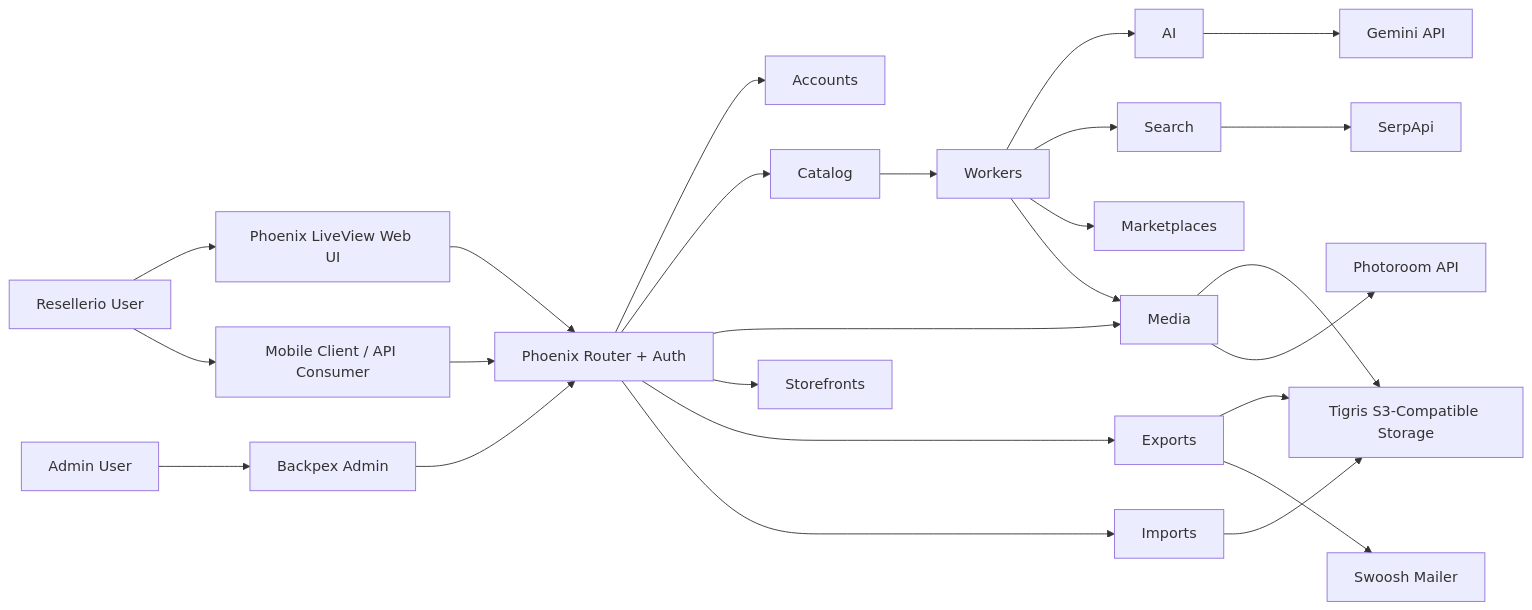
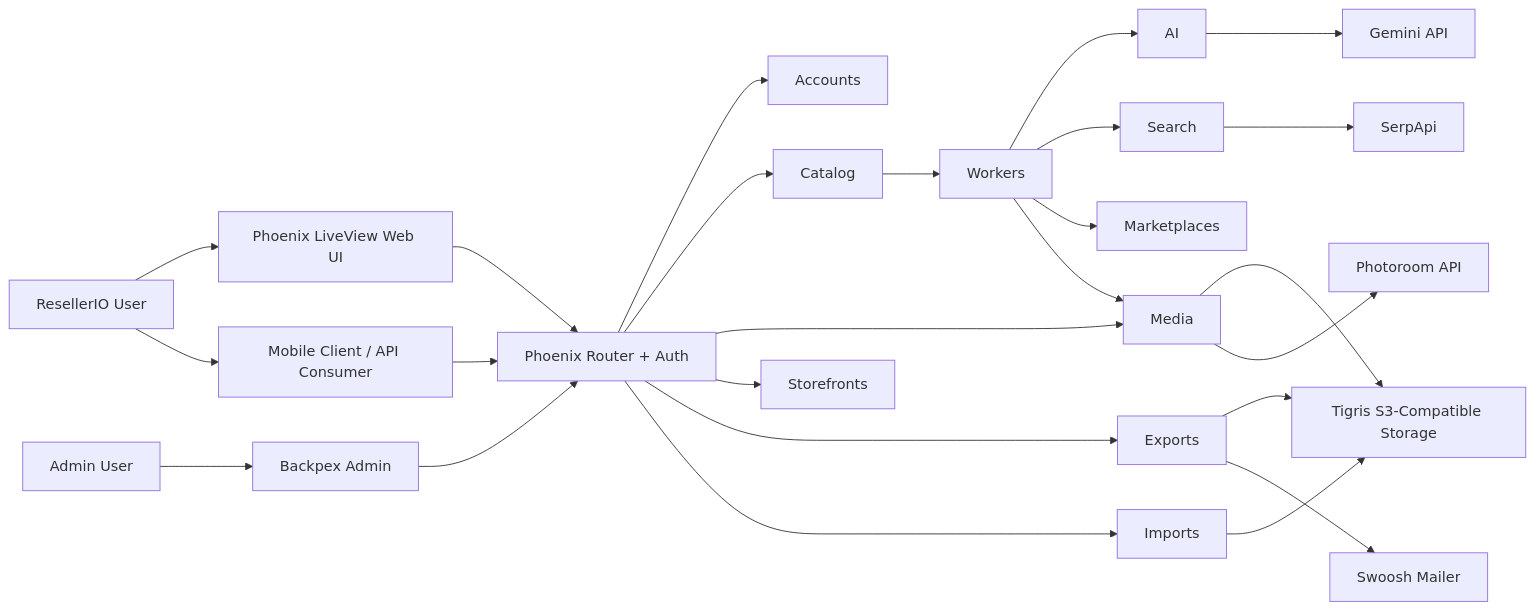
The first of 4 diagrams in docs/ARCHITECTURE.md (mpakus/resellerio), drawn with Mermaid before and after one commit. The commit also changed other lines of this file and 33 other files, not shown here.

````diff
--- a/docs/ARCHITECTURE.md
+++ b/docs/ARCHITECTURE.md
@@ -36,31 +36,31 @@
 ```mermaid
 flowchart LR
-    U["Resellerio User"] --> W["Phoenix LiveView Web UI"]
+    U["ResellerIO User"] --> W["Phoenix LiveView Web UI"]
     U --> M["Mobile Client / API Consumer"]
     A["Admin User"] --> B["Backpex Admin"]
 
     W --> R["Phoenix Router + Auth"]
     M --> R
     B --> R
 
     R --> AC["Accounts"]
     R --> C["Catalog"]
     R --> ME["Media"]
     R --> ST["Storefronts"]
     R --> EX["Exports"]
     R --> IM["Imports"]
 
     C --> WK["Workers"]
     WK --> AI["AI"]
     WK --> SE["Search"]
     WK --> MP["Marketplaces"]
     WK --> ME
 
     ME --> TG["Tigris S3-Compatible Storage"]
     AI --> GM["Gemini API"]
     SE --> SA["SerpApi"]
     ME --> PR["Photoroom API"]
     EX --> TG
     IM --> TG
     EX --> ML["Swoosh Mailer"]
 ```
````
